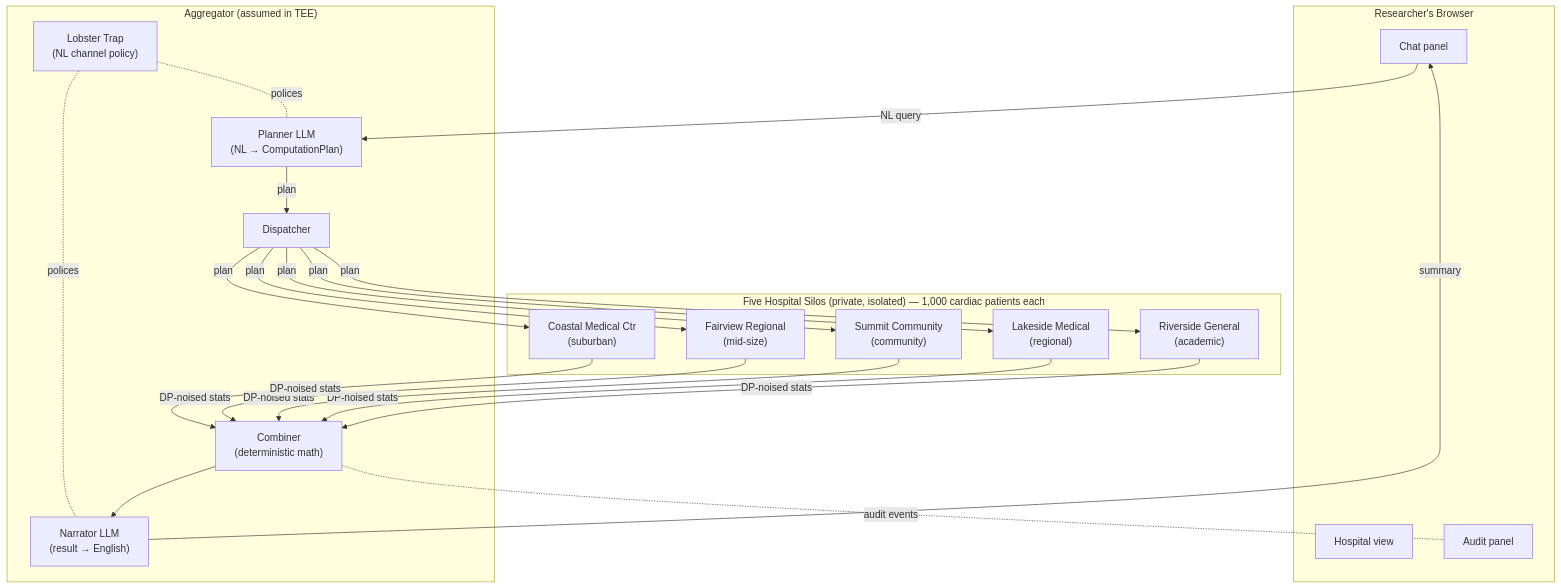
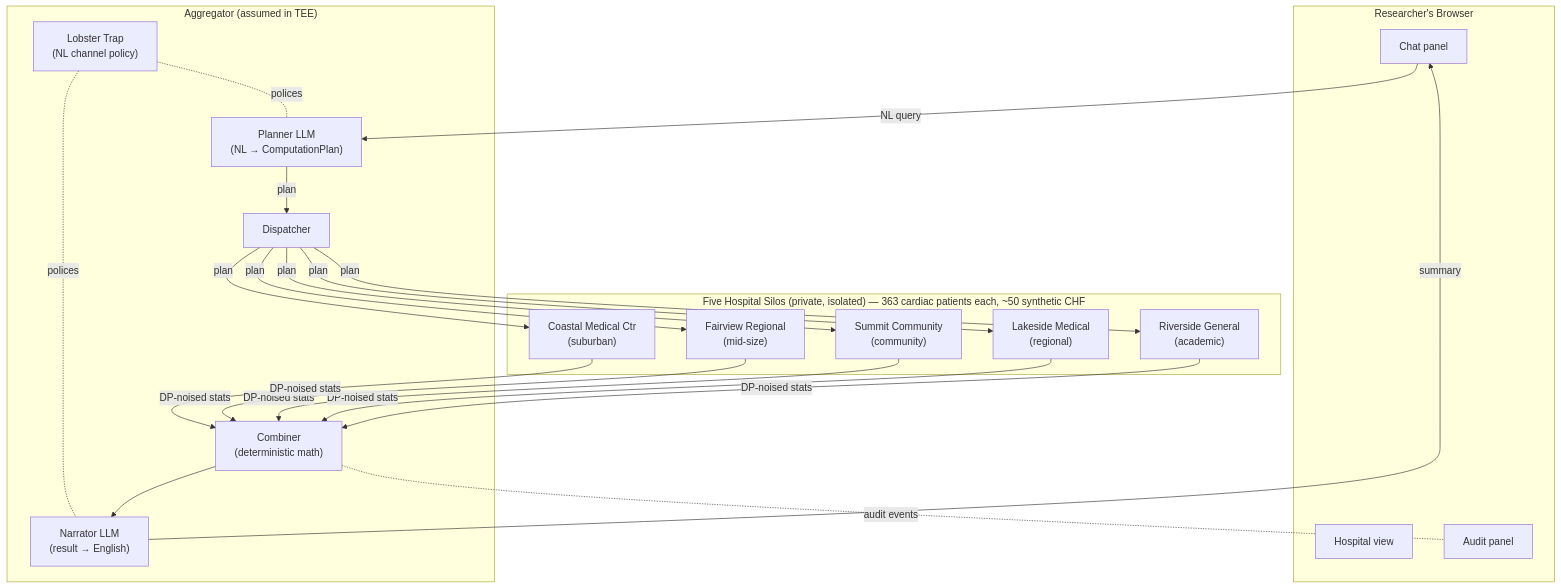
One commit to Airwhale/federated_silo_agent changed the first of 4 diagrams in README.md. Above: the diagram before and after it, drawn with Mermaid.

Commit message:
Fix stale '1,000 cardiac patients each' label in README architecture diagram
Now 363 cardiac patients each / ~50 synthetic CHF, matching the actual
data and the rest of the doc.

````diff
--- a/README.md
+++ b/README.md
@@ -101,42 +101,42 @@
 ```mermaid
 flowchart TB
     subgraph Browser["Researcher's Browser"]
         Chat["Chat panel"]
         Hosp["Hospital view"]
         Aud["Audit panel"]
     end
 
     subgraph TEE["Aggregator (assumed in TEE)"]
         Planner["Planner LLM<br/>(NL → ComputationPlan)"]
         Disp["Dispatcher"]
         Comb["Combiner<br/>(deterministic math)"]
         Narr["Narrator LLM<br/>(result → English)"]
         LT_A["Lobster Trap<br/>(NL channel policy)"]
     end
 
-    subgraph Silos["Five Hospital Silos (private, isolated) — 1,000 cardiac patients each"]
+    subgraph Silos["Five Hospital Silos (private, isolated) — 363 cardiac patients each, ~50 synthetic CHF"]
         S1["Riverside General<br/>(academic)"]
         S2["Lakeside Medical<br/>(regional)"]
         S3["Summit Community<br/>(community)"]
         S4["Fairview Regional<br/>(mid-size)"]
         S5["Coastal Medical Ctr<br/>(suburban)"]
     end
 
     Chat -->|NL query| Planner
     Planner -->|plan| Disp
     Disp -->|plan| S1
     Disp -->|plan| S2
     Disp -->|plan| S3
     Disp -->|plan| S4
     Disp -->|plan| S5
     S1 -->|DP-noised stats| Comb
     S2 -->|DP-noised stats| Comb
     S3 -->|DP-noised stats| Comb
     S4 -->|DP-noised stats| Comb
     S5 -->|DP-noised stats| Comb
     Comb --> Narr
     Narr -->|summary| Chat
     LT_A -.polices.- Planner
     LT_A -.polices.- Narr
     Comb -.audit events.- Aud
 ```
````
